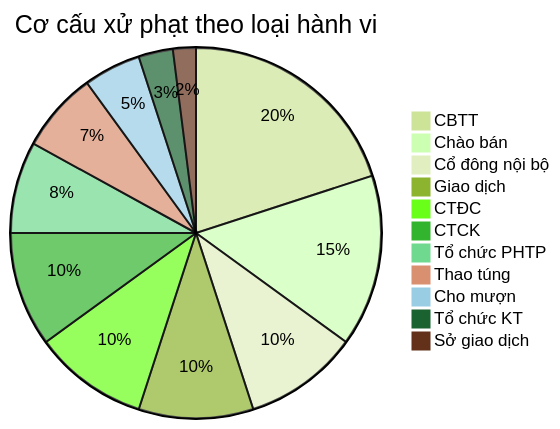
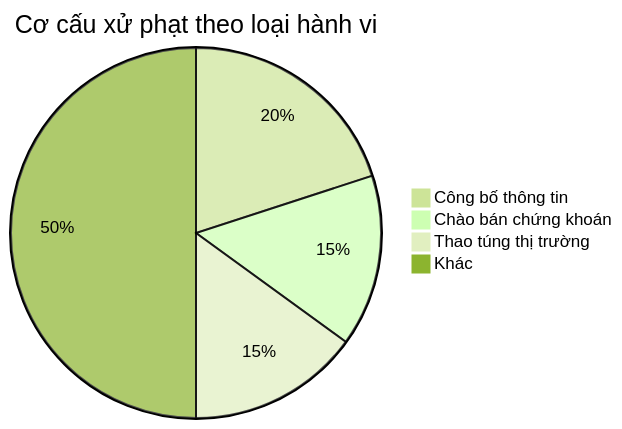
Before and after one commit to linhlvit/ubck_atomic_design: diagram 40 of 54 in Datamart/hld/DTM_TT_HLD.md, drawn with Mermaid (forest theme). The commit also changed other lines of this file and 10 other files, not shown here.

````diff
--- a/Datamart/hld/DTM_TT_HLD.md
+++ b/Datamart/hld/DTM_TT_HLD.md
@@ -1330,14 +1509,7 @@
 ```mermaid
 pie title Cơ cấu xử phạt theo loại hành vi
-    "CBTT" : 20
-    "Chào bán" : 15
-    "Cổ đông nội bộ" : 10
-    "Giao dịch" : 10
-    "CTĐC" : 10
-    "CTCK" : 10
-    "Tổ chức PHTP" : 8
-    "Thao túng" : 7
-    "Cho mượn" : 5
-    "Tổ chức KT" : 3
-    "Sở giao dịch" : 2
+    "Công bố thông tin" : 20
+    "Chào bán chứng khoán" : 15
+    "Thao túng thị trường" : 15
+    "Khác" : 50
 ```
````
